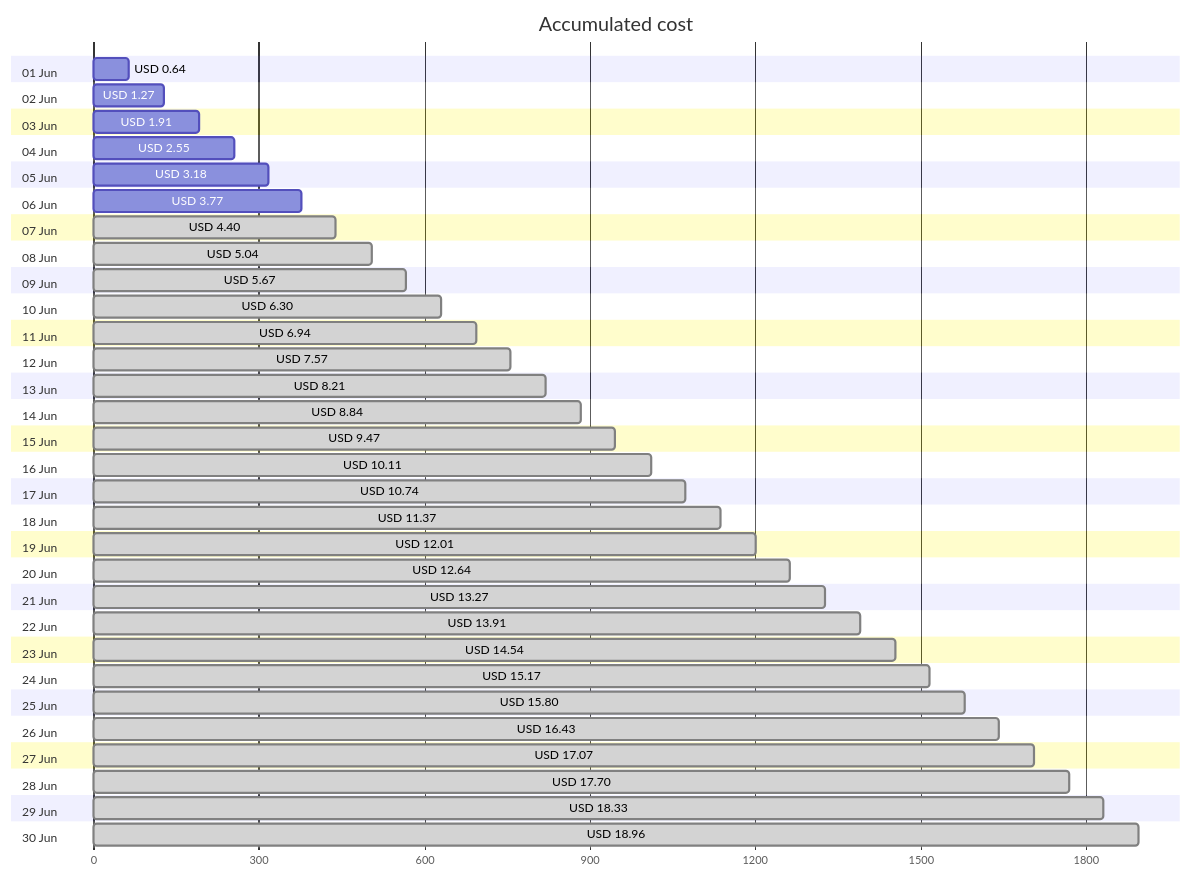
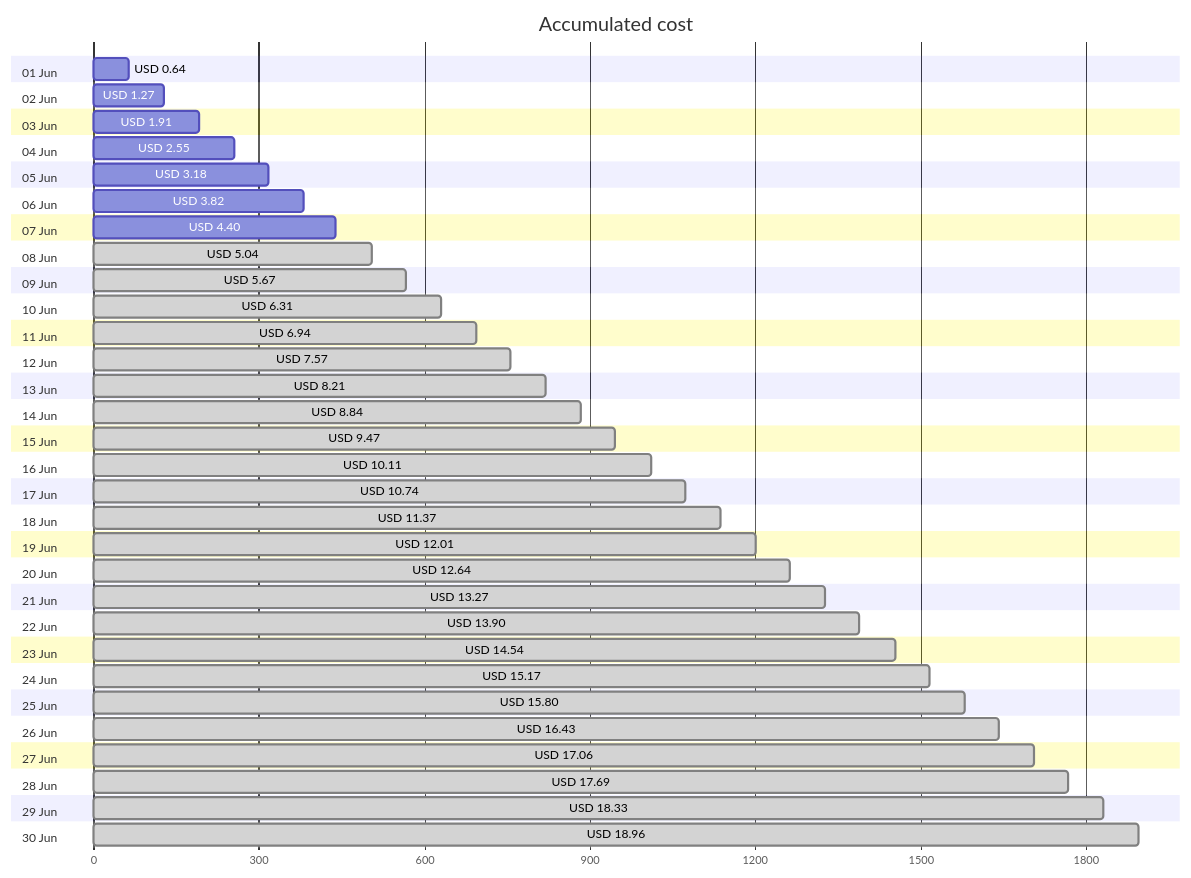
The first of 4 diagrams in cost-reports/accumulated-cost.md (jpfulton/azure-personal-reports), drawn with Mermaid before and after one commit. The commit also changed other lines of this file and 4 other files, not shown here.

````diff
--- a/cost-reports/accumulated-cost.md
+++ b/cost-reports/accumulated-cost.md
@@ -20,66 +20,66 @@
 ```mermaid
 gantt
    title Accumulated cost
    dateFormat  X
    axisFormat %s
    section 01 Jun
    USD 0.64 :0, 64
    section 02 Jun
    USD 1.27 :0, 127
    section 03 Jun
    USD 1.91 :0, 191
    section 04 Jun
    USD 2.55 :0, 255
    section 05 Jun
    USD 3.18 :0, 318
    section 06 Jun
-   USD 3.77 :0, 377
+   USD 3.82 :0, 382
    section 07 Jun
-   USD 4.40 : done, 0, 440
+   USD 4.40 :0, 440
    section 08 Jun
    USD 5.04 : done, 0, 504
    section 09 Jun
    USD 5.67 : done, 0, 567
    section 10 Jun
-   USD 6.30 : done, 0, 630
+   USD 6.31 : done, 0, 631
    section 11 Jun
    USD 6.94 : done, 0, 694
    section 12 Jun
    USD 7.57 : done, 0, 757
    section 13 Jun
    USD 8.21 : done, 0, 821
    section 14 Jun
    USD 8.84 : done, 0, 884
    section 15 Jun
    USD 9.47 : done, 0, 947
    section 16 Jun
    USD 10.11 : done, 0, 1011
    section 17 Jun
    USD 10.74 : done, 0, 1074
    section 18 Jun
    USD 11.37 : done, 0, 1137
    section 19 Jun
    USD 12.01 : done, 0, 1201
    section 20 Jun
    USD 12.64 : done, 0, 1264
    section 21 Jun
    USD 13.27 : done, 0, 1327
    section 22 Jun
-   USD 13.91 : done, 0, 1391
+   USD 13.90 : done, 0, 1390
    section 23 Jun
    USD 14.54 : done, 0, 1454
    section 24 Jun
    USD 15.17 : done, 0, 1517
    section 25 Jun
    USD 15.80 : done, 0, 1580
    section 26 Jun
    USD 16.43 : done, 0, 1643
    section 27 Jun
-   USD 17.07 : done, 0, 1707
+   USD 17.06 : done, 0, 1706
    section 28 Jun
-   USD 17.70 : done, 0, 1770
+   USD 17.69 : done, 0, 1769
    section 29 Jun
    USD 18.33 : done, 0, 1833
    section 30 Jun
    USD 18.96 : done, 0, 1896
 ```
````
